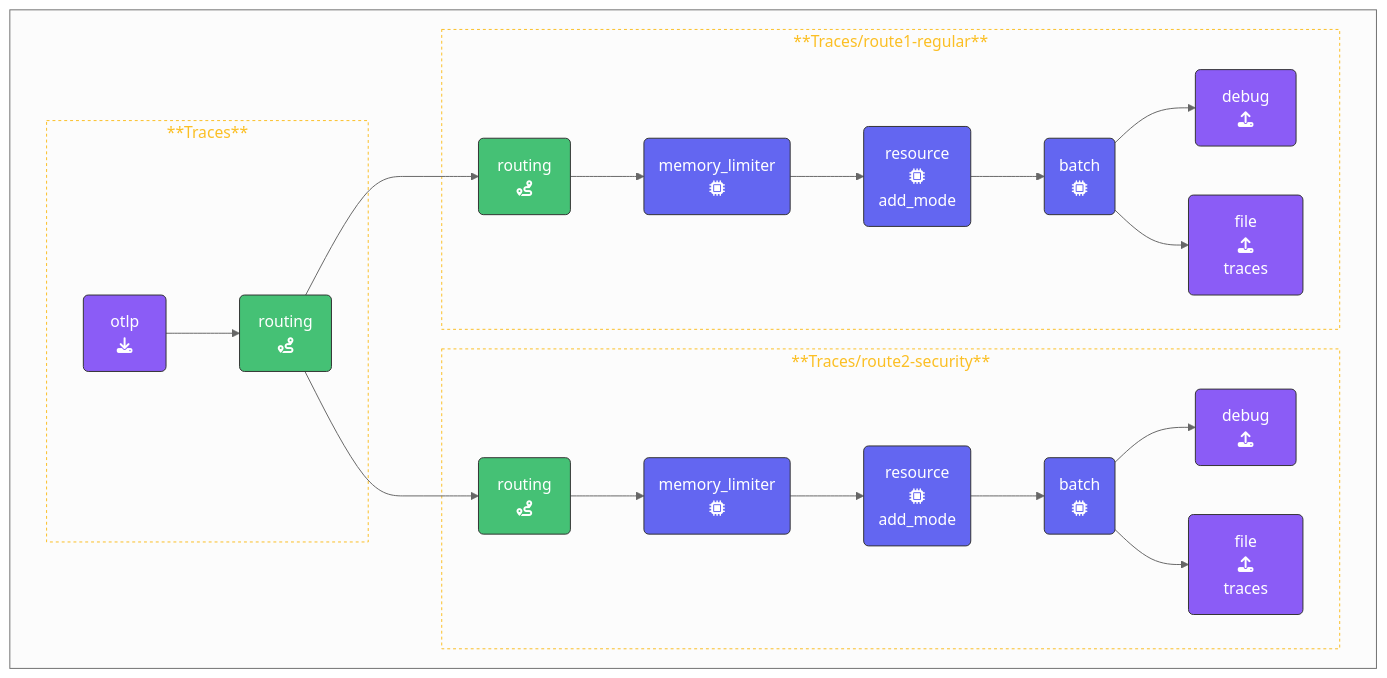
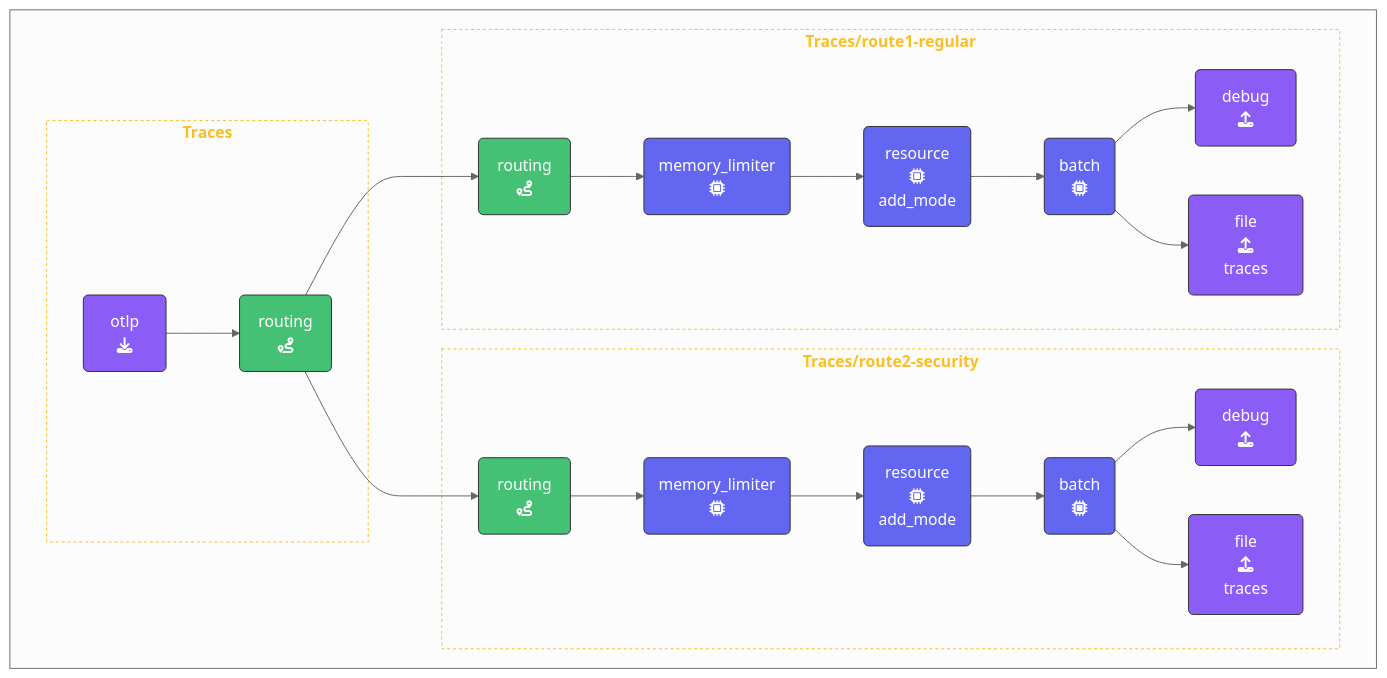
The diagram in content/en/ninja-workshops/foundations/3-opentelemetry-collector-workshops/2-advanced-collector/6-routing-data/6-2-pipelines.md (splunk/observability-workshop), drawn with Mermaid (neutral theme) before and after one commit. The commit also changed 30 other files, not shown here.

````diff
--- a/content/en/ninja-workshops/foundations/3-opentelemetry-collector-workshops/2-advanced-collector/6-routing-data/6-2-pipelines.md
+++ b/content/en/ninja-workshops/foundations/3-opentelemetry-collector-workshops/2-advanced-collector/6-routing-data/6-2-pipelines.md
@@ -59,49 +59,49 @@
 ```mermaid
 %%{init:{"fontFamily":"monospace"}}%%
 graph LR
     %% Nodes
       REC1(&nbsp;&nbsp;&nbsp;otlp&nbsp;&nbsp;&nbsp;<br>fa:fa-download):::receiver
       PRO1(memory_limiter<br>fa:fa-microchip):::processor
       PRO2(memory_limiter<br>fa:fa-microchip):::processor
       PRO3(resource<br>fa:fa-microchip<br>add_mode):::processor
       PRO4(resource<br>fa:fa-microchip<br>add_mode):::processor
       PRO5(batch<br>fa:fa-microchip):::processor
       PRO6(batch<br>fa:fa-microchip):::processor
       EXP1(&nbsp;&ensp;debug&nbsp;&ensp;<br>fa:fa-upload):::exporter
       EXP2(&emsp;&emsp;file&emsp;&emsp;<br>fa:fa-upload<br>traces):::exporter
       EXP3(&nbsp;&ensp;debug&nbsp;&ensp;<br>fa:fa-upload):::exporter
       EXP4(&emsp;&emsp;file&emsp;&emsp;<br>fa:fa-upload<br>traces):::exporter
       ROUTE1(&nbsp;routing&nbsp;<br>fa:fa-route):::con-export
       ROUTE2(&nbsp;routing&nbsp;<br>fa:fa-route):::con-receive
       ROUTE3(&nbsp;routing&nbsp;<br>fa:fa-route):::con-receive
     %% Links
     subID1:::sub-traces
     subID2:::sub-traces
     subID3:::sub-traces
     subgraph " "
     direction LR
-      subgraph subID1[**Traces**]
+      subgraph subID1["`**Traces**`"]
       REC1 --> ROUTE1
       end
-      subgraph subID2[**Traces/route2-security**]
+      subgraph subID2["`**Traces/route2-security**`"]
       ROUTE1 --> ROUTE2
       ROUTE2 --> PRO1
       PRO1 --> PRO3
       PRO3 --> PRO5
       PRO5 --> EXP1
       PRO5 --> EXP2
       end
-      subgraph subID3[**Traces/route1-regular**]
+      subgraph subID3["`**Traces/route1-regular**`"]
       ROUTE1 --> ROUTE3
       ROUTE3 --> PRO2
       PRO2 --> PRO4
       PRO4 --> PRO6
       PRO6 --> EXP3
       PRO6 --> EXP4
       end
     end
 classDef receiver,exporter fill:#8b5cf6,stroke:#333,stroke-width:1px,color:#fff;
 classDef processor fill:#6366f1,stroke:#333,stroke-width:1px,color:#fff;
 classDef con-receive,con-export fill:#45c175,stroke:#333,stroke-width:1px,color:#fff;
 classDef sub-traces stroke:#fbbf24,stroke-width:1px, color:#fbbf24,stroke-dasharray: 3 3;
 ```
````
